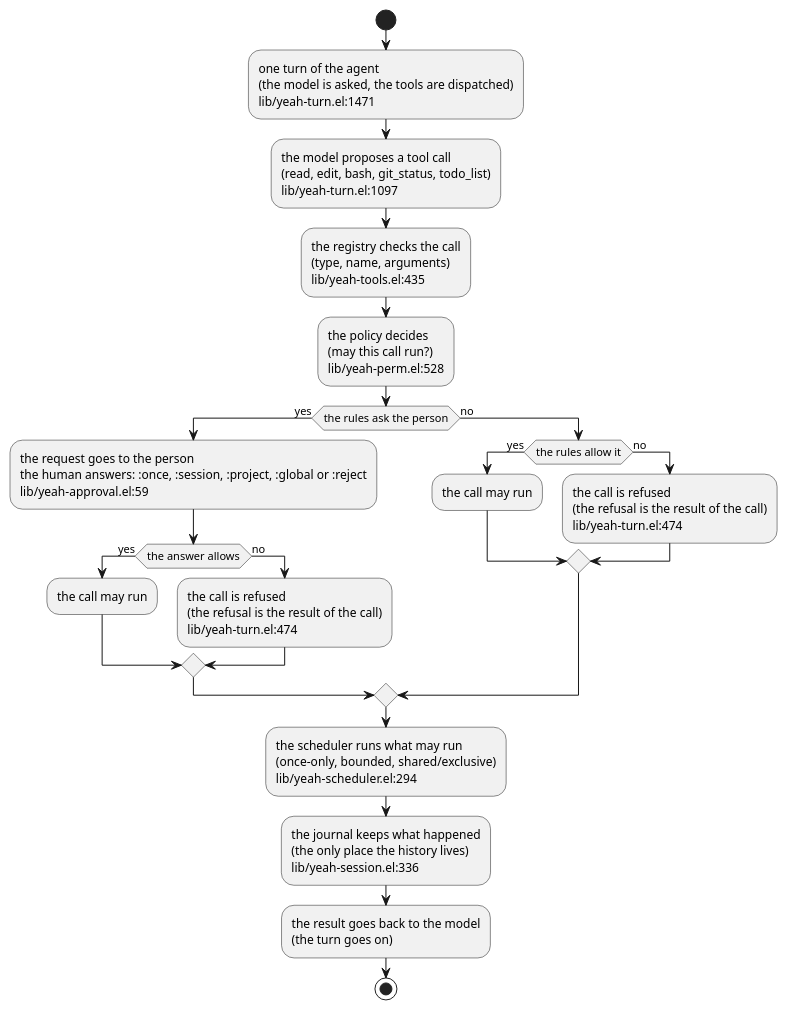
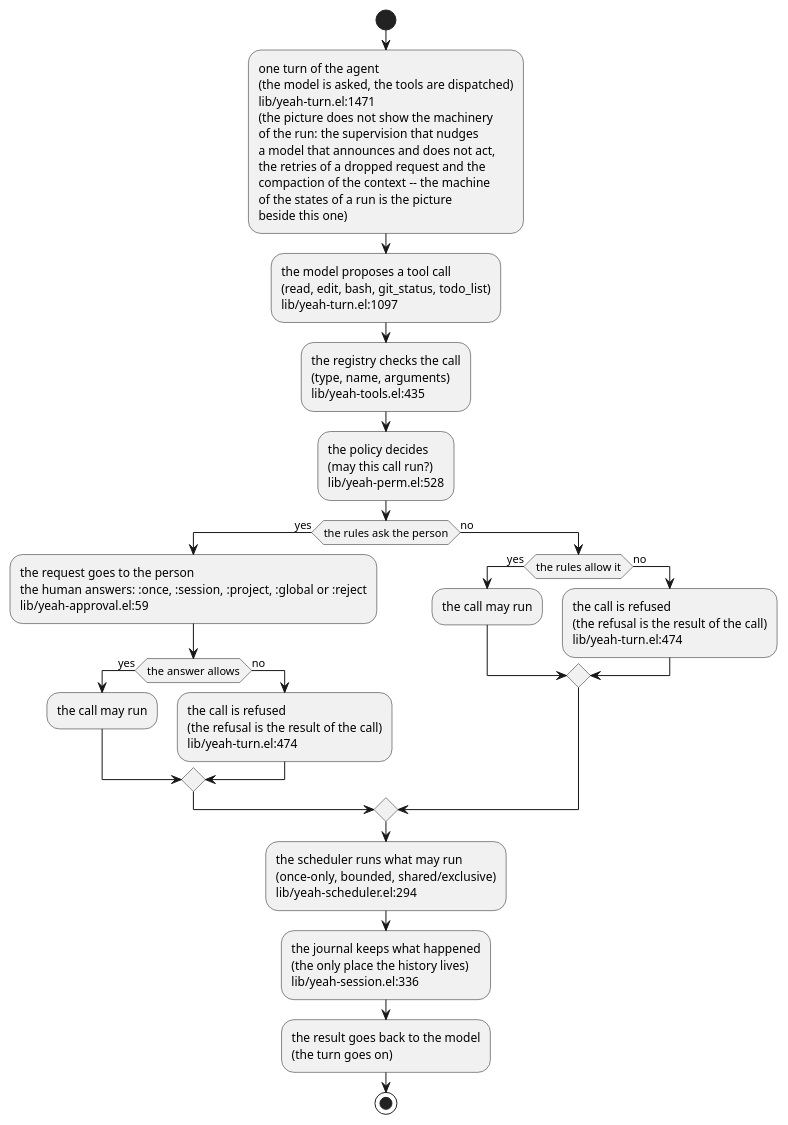
Before and after one commit to 11111000000/yeah: the diagram in site/diagrams/one-turn.puml, drawn with PlantUML. The commit also changed 36 other files, not shown here.

```diff
--- a/site/diagrams/one-turn.puml
+++ b/site/diagrams/one-turn.puml
@@ -1,56 +1,63 @@
 @startuml one-turn
 ' One turn of the agent loop, end to end.
 '
 ' The model proposes a call of a tool; the registry checks the call; the
 ' policy decides whether the call may run; the person answers when the rules
 ' ask; the scheduler runs what may run; the journal keeps what happened; the
 ' result goes back to the model and the turn goes on.
 '
 ' The model proposes and does not decide: the registry and the policy decide
 ' what may run, and the journal is the only place where the history lives.
 '
 ' Every block that asserts something about the code names the files that
 ' implement it, as `file:line'.  The names of the tools are the names the
 ' model calls them by.
 
 start
 :one turn of the agent
 (the model is asked, the tools are dispatched)
-lib/yeah-turn.el:1471;
+lib/yeah-turn.el:1471
+(the picture does not show the machinery
+of the run: the supervision that nudges
+a model that announces and does not act,
+the retries of a dropped request and the
+compaction of the context -- the machine
+of the states of a run is the picture
+beside this one);
 :the model proposes a tool call
 (read, edit, bash, git_status, todo_list)
 lib/yeah-turn.el:1097;
 :the registry checks the call
 (type, name, arguments)
 lib/yeah-tools.el:435;
 :the policy decides
 (may this call run?)
 lib/yeah-perm.el:528;
 if (the rules ask the person) then (yes)
   :the request goes to the person\nthe human answers: :once, :session, :project, :global or :reject\nlib/yeah-approval.el:59;
   if (the answer allows) then (yes)
     :the call may run;
   else (no)
     :the call is refused
     (the refusal is the result of the call)
     lib/yeah-turn.el:474;
   endif
 else (no)
   if (the rules allow it) then (yes)
     :the call may run;
   else (no)
     :the call is refused
     (the refusal is the result of the call)
     lib/yeah-turn.el:474;
   endif
 endif
 :the scheduler runs what may run
 (once-only, bounded, shared/exclusive)
 lib/yeah-scheduler.el:294;
 :the journal keeps what happened
 (the only place the history lives)
 lib/yeah-session.el:336;
 :the result goes back to the model
 (the turn goes on);
 stop
 @enduml
```
